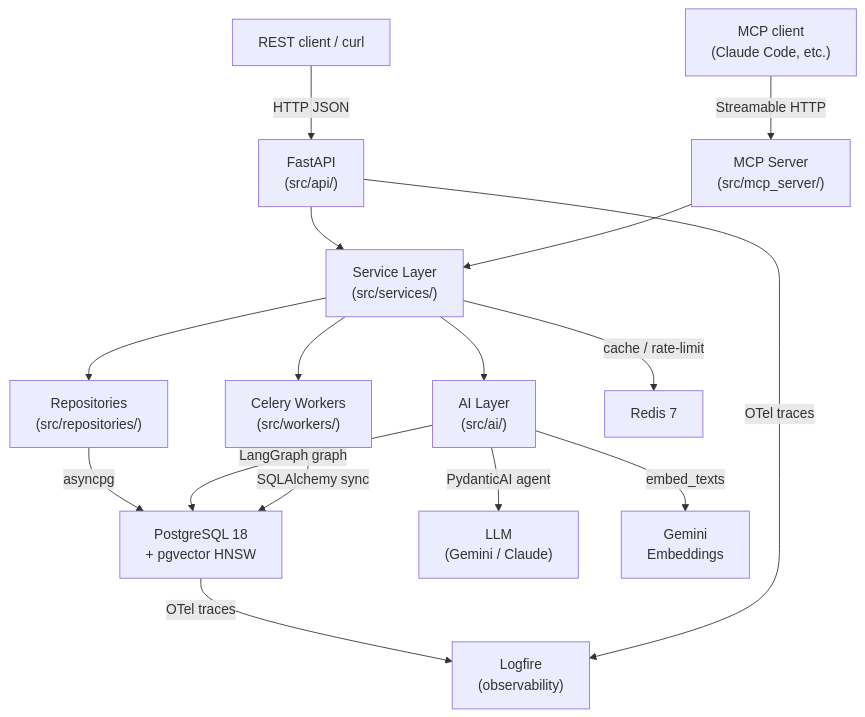
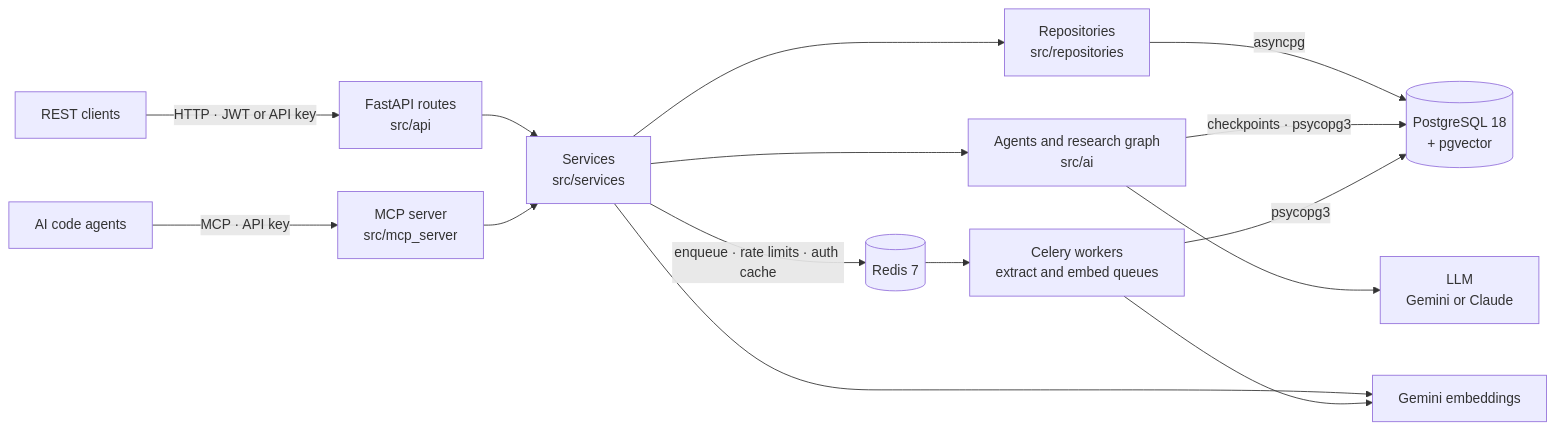
The diagram in README.md (Serafim-Yablonski/KnowledgePlatform), drawn with Mermaid before and after one commit. The commit also changed other lines of this file, not shown here.

````diff
--- a/README.md
+++ b/README.md
@@ -26,22 +24,17 @@
 ```mermaid
-graph TD
-    Client["REST client / curl"] -->|HTTP JSON| API["FastAPI\n(src/api/)"]
-    MCPClient["MCP client\n(Claude Code, etc.)"] -->|Streamable HTTP| MCP["MCP Server\n(src/mcp_server/)"]
-
-    API --> SVC["Service Layer\n(src/services/)"]
+graph LR
+    REST["REST clients"] -->|HTTP · JWT or API key| API["FastAPI routes<br/>src/api"]
+    AGENT["AI code agents"] -->|MCP · API key| MCP["MCP server<br/>src/mcp_server"]
+    API --> SVC["Services<br/>src/services"]
     MCP --> SVC
-
-    SVC --> REPO["Repositories\n(src/repositories/)"]
-    SVC --> AI["AI Layer\n(src/ai/)"]
-    SVC --> CELERY["Celery Workers\n(src/workers/)"]
-
-    REPO -->|asyncpg| PG["PostgreSQL 18\n+ pgvector HNSW"]
-    AI -->|PydanticAI agent| LLM["LLM\n(Gemini / Claude)"]
-    AI -->|LangGraph graph| PG
-    AI -->|embed_texts| EMB["Gemini\nEmbeddings"]
-    CELERY -->|SQLAlchemy sync| PG
-    SVC -->|cache / rate-limit| REDIS["Redis 7"]
-
-    PG -->|OTel traces| LOGFIRE["Logfire\n(observability)"]
-    API -->|OTel traces| LOGFIRE
+    SVC --> REPO["Repositories<br/>src/repositories"]
+    SVC --> AI["Agents and research graph<br/>src/ai"]
+    REPO -->|asyncpg| PG[("PostgreSQL 18<br/>+ pgvector")]
+    AI -->|checkpoints · psycopg3| PG
+    AI --> LLM["LLM<br/>Gemini or Claude"]
+    SVC --> EMB["Gemini embeddings"]
+    SVC -->|enqueue · rate limits · auth cache| REDIS[("Redis 7")]
+    REDIS --> W["Celery workers<br/>extract and embed queues"]
+    W -->|psycopg3| PG
+    W --> EMB
 ```
````
